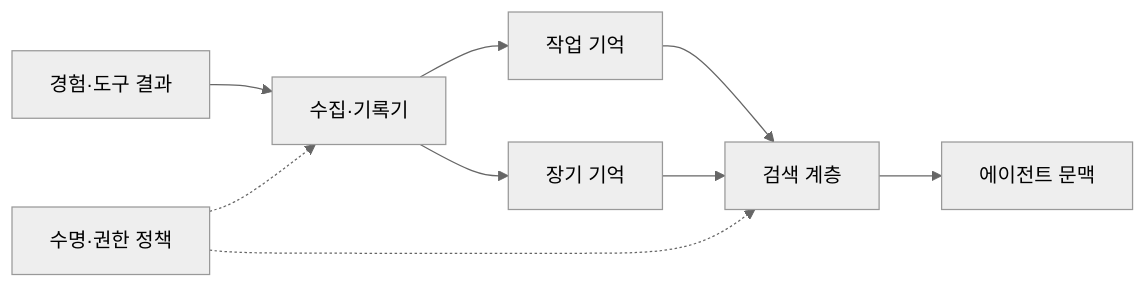
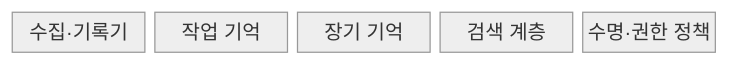
Before and after one commit to agnusdei1207/knowledge-base: the first of 2 diagrams in src/content/docs/notes/08-latest-tech/016_agent_memory.md, drawn with Mermaid (neutral theme). The commit also changed other lines of this file and 16 other files, not shown here.

Commit message:
Add SVM chart comparisons and continue latest technology rewrite

````diff
--- a/src/content/docs/notes/08-latest-tech/016_agent_memory.md
+++ b/src/content/docs/notes/08-latest-tech/016_agent_memory.md
@@ -49,11 +49,9 @@
 ```mermaid
-flowchart LR
-    E[경험·도구 결과] --> C[수집·기록기]
-    C --> W[작업 기억]
-    C --> L[장기 기억]
-    W --> R[검색 계층]
-    L --> R
-    R --> A[에이전트 문맥]
-    P[수명·권한 정책] -.-> C
-    P -.-> R
+block-beta
+    columns 5
+    C["수집·기록기"]
+    W["작업 기억"]
+    L["장기 기억"]
+    R["검색 계층"]
+    P["수명·권한 정책"]
 ```
````
